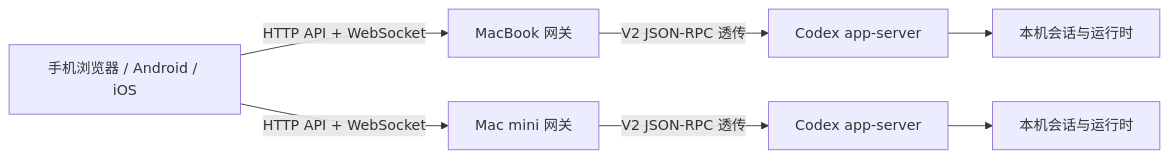
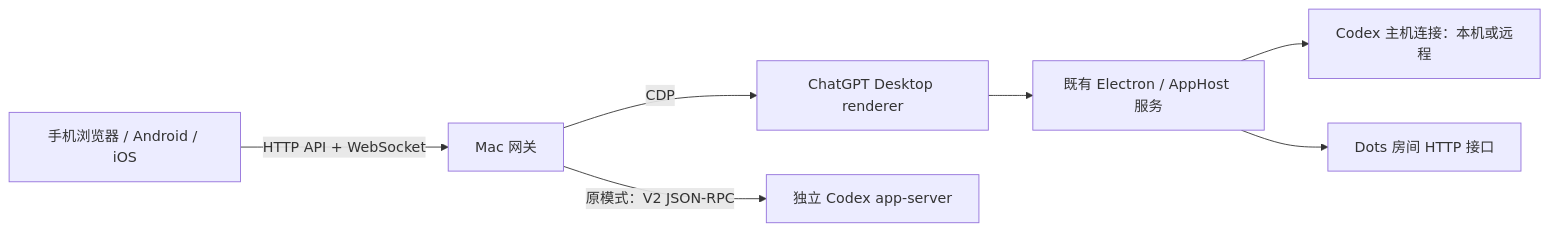
One commit to loock-ai/codex-mobile changed the diagram in README.md. Above: the diagram before and after it, drawn with Mermaid. The commit also changed other lines of this file and 1 other file, not shown here.

First line of the commit message:
docs(说明): 更新桌面启动器与 Dots 使用指南

````diff
--- a/README.md
+++ b/README.md
@@ -115,10 +158,9 @@
 ```mermaid
 flowchart LR
-    C["手机浏览器 / Android / iOS"]
-    C -->|HTTP API + WebSocket| G1["MacBook 网关"]
-    C -->|HTTP API + WebSocket| G2["Mac mini 网关"]
-    G1 -->|V2 JSON-RPC 透传| A1["Codex app-server"]
-    G2 -->|V2 JSON-RPC 透传| A2["Codex app-server"]
-    A1 --> R1["本机会话与运行时"]
-    A2 --> R2["本机会话与运行时"]
+    C["手机浏览器 / Android / iOS"] -->|HTTP API + WebSocket| G["Mac 网关"]
+    G -->|CDP| D["ChatGPT Desktop renderer"]
+    D --> B["既有 Electron / AppHost 服务"]
+    B --> A["Codex 主机连接：本机或远程"]
+    B --> T["Dots 房间 HTTP 接口"]
+    G -->|原模式：V2 JSON-RPC| S["独立 Codex app-server"]
 ```
````
